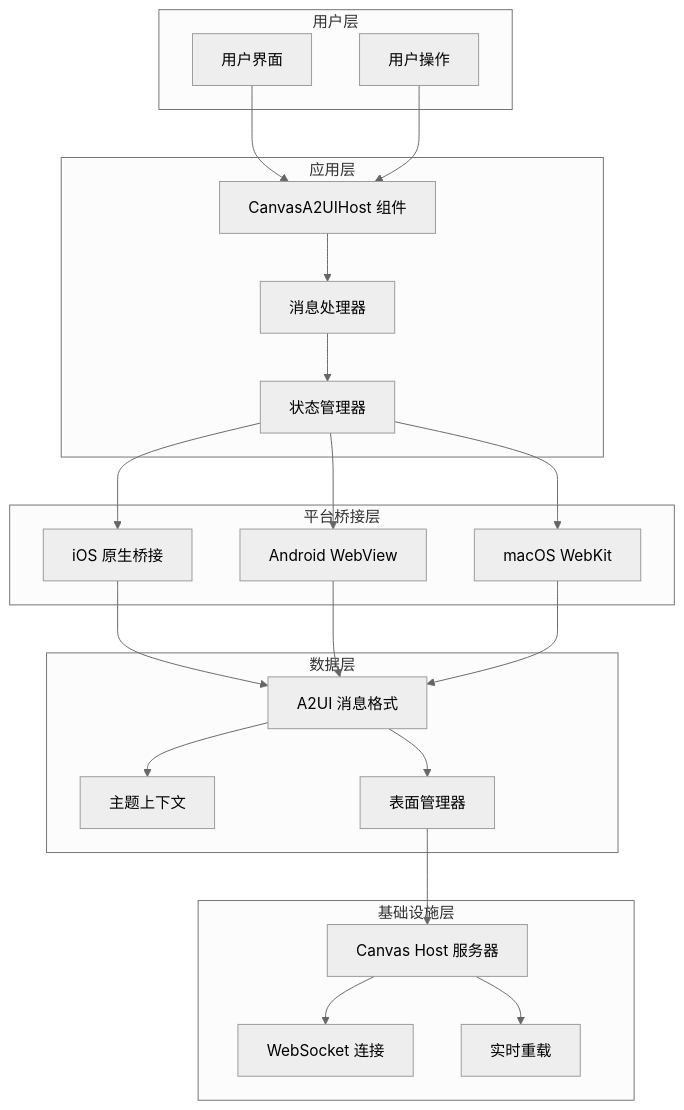
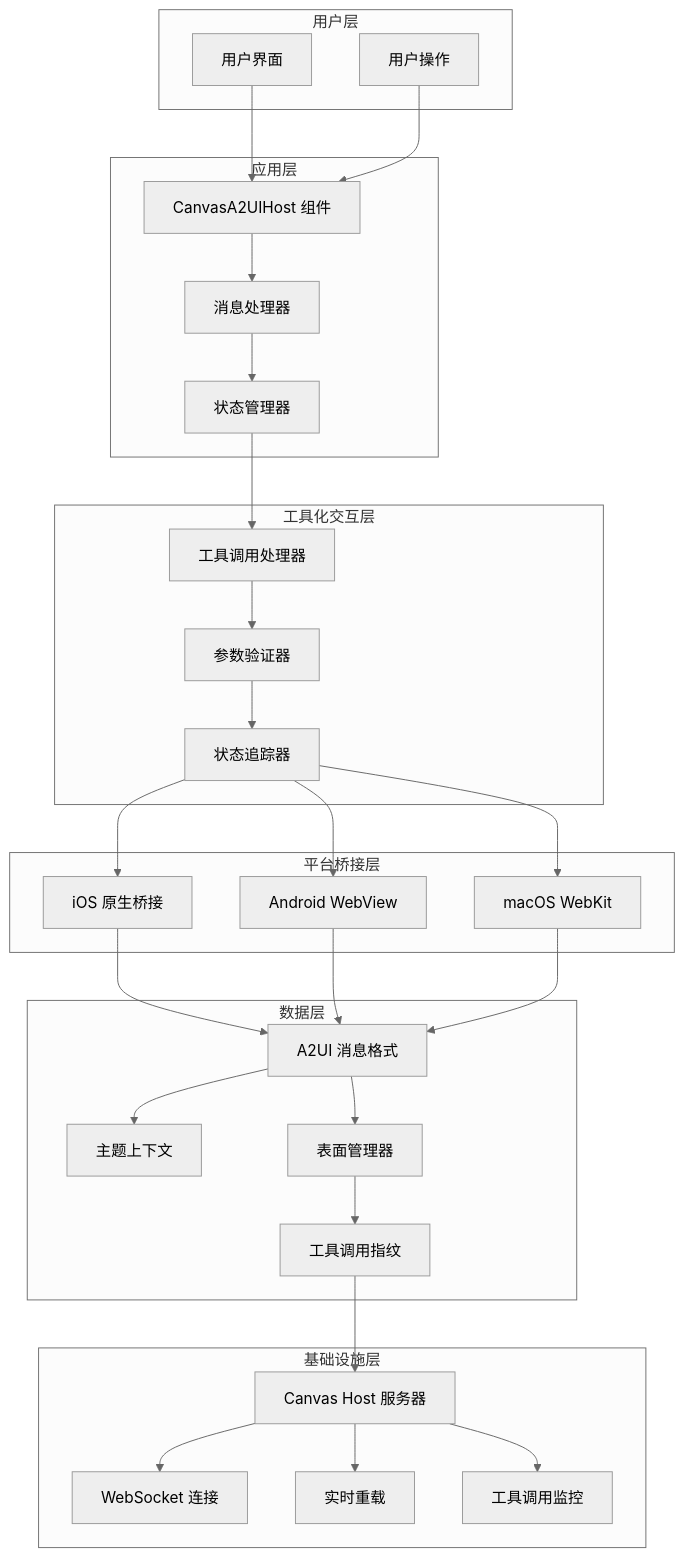
The fourth of 16 diagrams in .qoder/repowiki/zh/content/Web界面/UI组件系统/工具UI组件/工具UI文档.md (verse-ai-org/openclaw), drawn with Mermaid (neutral theme) before and after one commit. The commit also changed other lines of this file and 11 other files, not shown here.

````diff
--- a/.qoder/repowiki/zh/content/Web界面/UI组件系统/工具UI组件/工具UI文档.md
+++ b/.qoder/repowiki/zh/content/Web界面/UI组件系统/工具UI组件/工具UI文档.md
@@ -145,42 +170,54 @@
 ```mermaid
 graph TB
 subgraph "用户层"
 A[用户界面]
 B[用户操作]
 end
 subgraph "应用层"
 C[CanvasA2UIHost 组件]
 D[消息处理器]
 E[状态管理器]
 end
+subgraph "工具化交互层"
+F[工具调用处理器]
+G[参数验证器]
+H[状态追踪器]
+end
 subgraph "平台桥接层"
-F[iOS 原生桥接]
-G[Android WebView]
-H[macOS WebKit]
+I[iOS 原生桥接]
+J[Android WebView]
+K[macOS WebKit]
 end
 subgraph "数据层"
-I[A2UI 消息格式]
-J[主题上下文]
-K[表面管理器]
+L[A2UI 消息格式]
+M[主题上下文]
+N[表面管理器]
+O[工具调用指纹]
 end
 subgraph "基础设施层"
-L[Canvas Host 服务器]
-M[WebSocket 连接]
-N[实时重载]
+P[Canvas Host 服务器]
+Q[WebSocket 连接]
+R[实时重载]
+S[工具调用监控]
 end
 A --> C
 B --> C
 C --> D
 D --> E
 E --> F
-E --> G
-E --> H
-F --> I
-G --> I
+F --> G
+G --> H
 H --> I
-I --> J
-I --> K
+H --> J
+H --> K
+I --> L
+J --> L
 K --> L
 L --> M
 L --> N
+N --> O
+O --> P
+P --> Q
+P --> R
+P --> S
 ```
````
